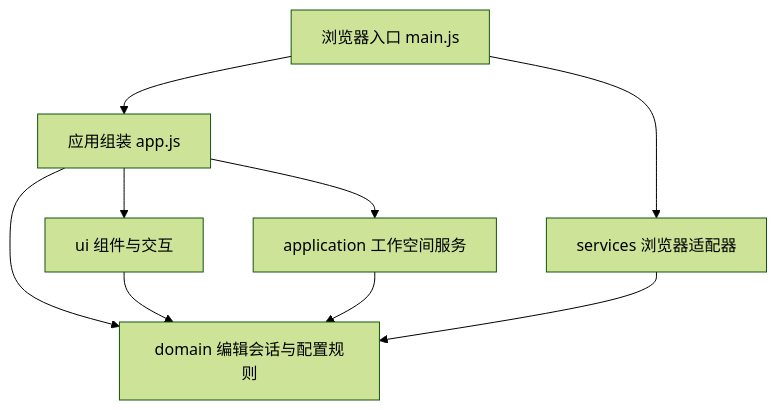
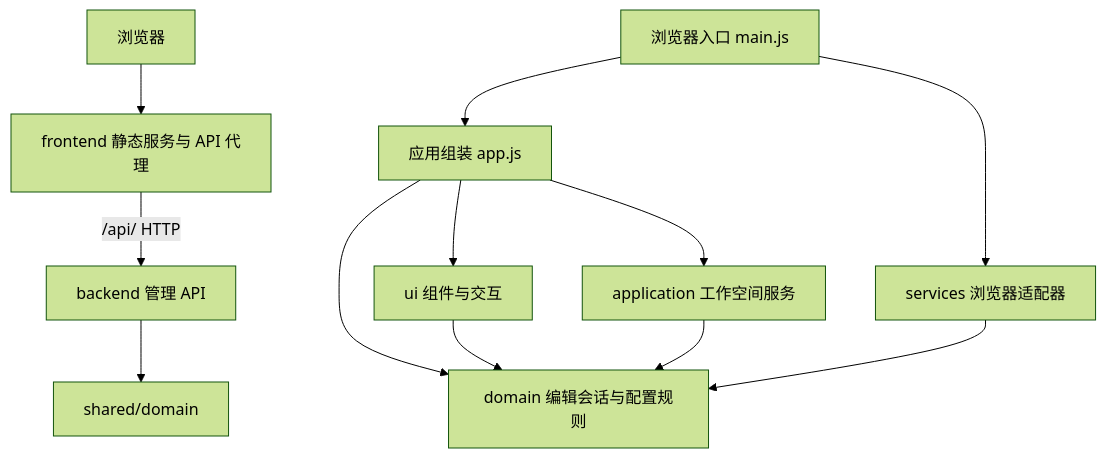
The diagram in docs/architecture.md (Snail-one/palbox), drawn with Mermaid (forest theme) before and after one commit. The commit also changed other lines of this file and 80 other files, not shown here.

````diff
--- a/docs/architecture.md
+++ b/docs/architecture.md
@@ -7,11 +7,14 @@
 ```mermaid
 flowchart TD
+  Browser[浏览器] --> Frontend[frontend 静态服务与 API 代理]
+  Frontend -->|/api/ HTTP| Backend[backend 管理 API]
+  Backend --> Shared[shared/domain]
   Main[浏览器入口 main.js] --> App[应用组装 app.js]
   Main --> Adapters[services 浏览器适配器]
   App --> UI[ui 组件与交互]
   App --> Workspaces[application 工作空间服务]
   App --> Editor[domain 编辑会话与配置规则]
   UI --> Editor
   Workspaces --> Editor
   Adapters --> Editor
 ```
````
